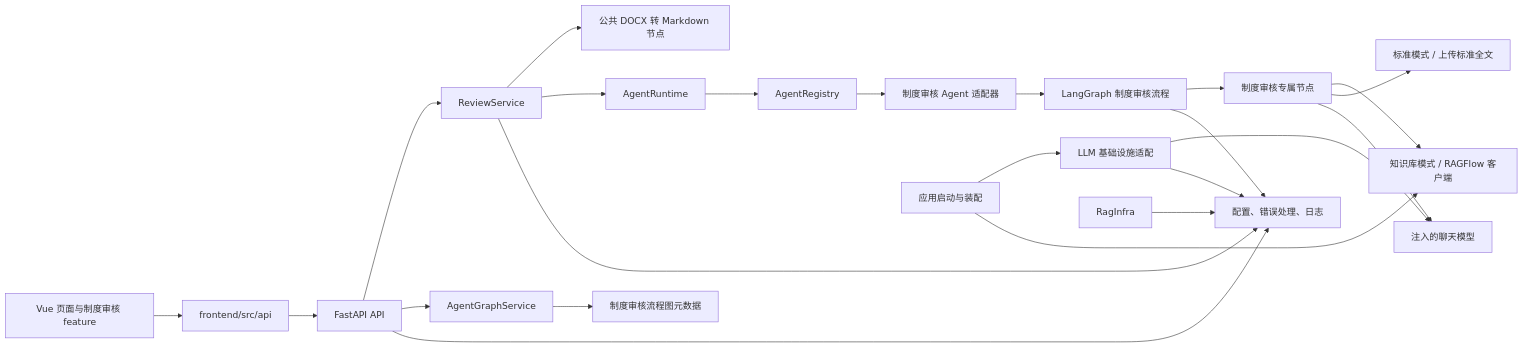
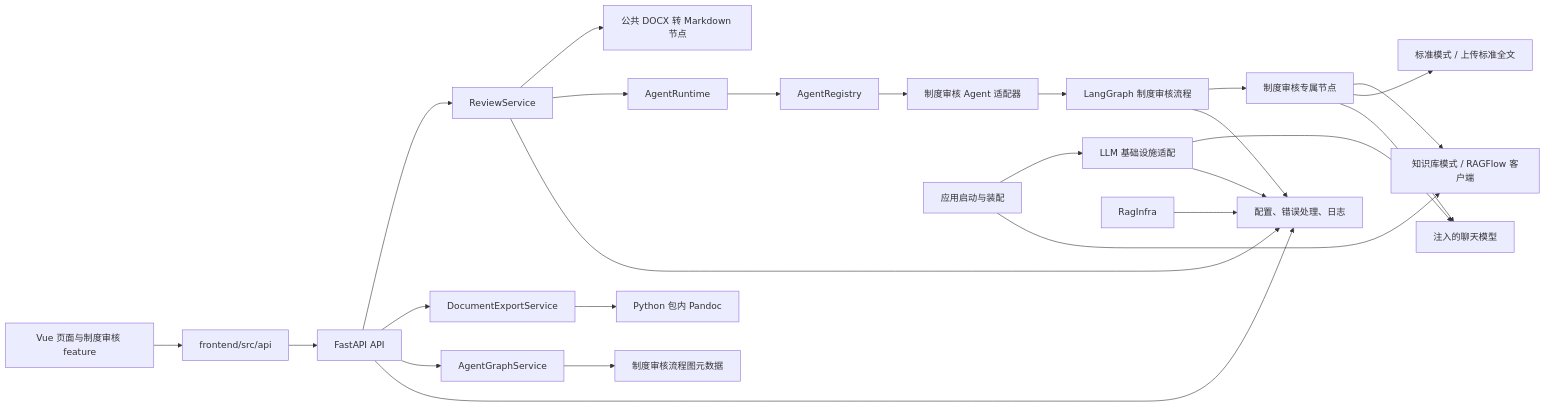
One commit to LiuEhe/AgentPlatform changed the diagram in docs/ai-coding/architecture-rules.md. Above: the diagram before and after it, drawn with Mermaid. The commit also changed other lines of this file and 2 other files, not shown here.

````diff
--- a/docs/ai-coding/architecture-rules.md
+++ b/docs/ai-coding/architecture-rules.md
@@ -7,25 +7,27 @@
 ```mermaid
 flowchart LR
   UI[Vue 页面与制度审核 feature] --> APIClient[frontend/src/api]
   APIClient --> HTTP[FastAPI API]
   HTTP --> ReviewService[ReviewService]
+  HTTP --> ExportService[DocumentExportService]
+  ExportService --> Pandoc[Python 包内 Pandoc]
   HTTP --> AgentGraphService[AgentGraphService]
   AgentGraphService --> GraphMetadata[制度审核流程图元数据]
   ReviewService --> DocNode[公共 DOCX 转 Markdown 节点]
   ReviewService --> Runtime[AgentRuntime]
   Runtime --> Registry[AgentRegistry]
   Registry --> Adapter[制度审核 Agent 适配器]
   Adapter --> Graph[LangGraph 制度审核流程]
   Graph --> AgentNodes[制度审核专属节点]
   AgentNodes --> RagClient[知识库模式 / RAGFlow 客户端]
   AgentNodes --> Standard[标准模式 / 上传标准全文]
   AgentNodes --> Model[注入的聊天模型]
   Main[应用启动与装配] --> LLMInfra[LLM 基础设施适配]
   LLMInfra --> Model
   Main --> RagClient
   HTTP --> Core[配置、错误处理、日志]
   ReviewService --> Core
   Graph --> Core
   LLMInfra --> Core
   RagInfra --> Core
 ```
````
